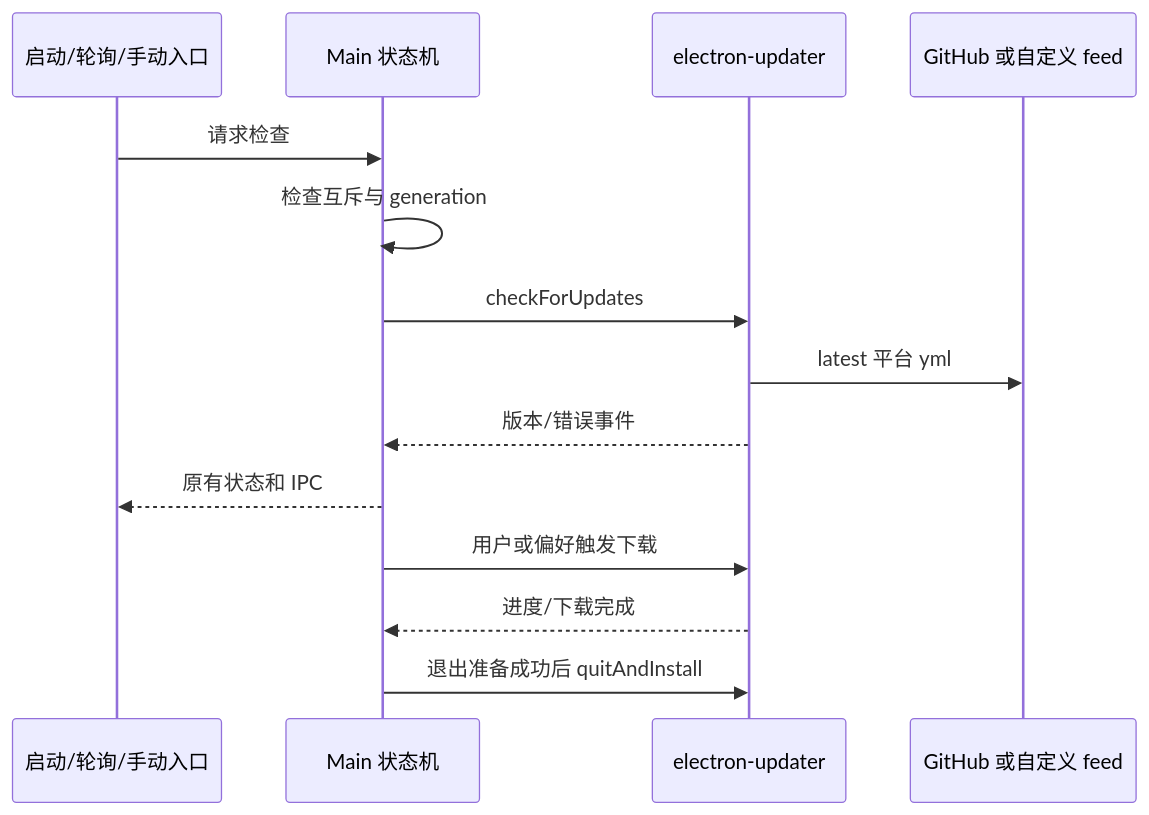
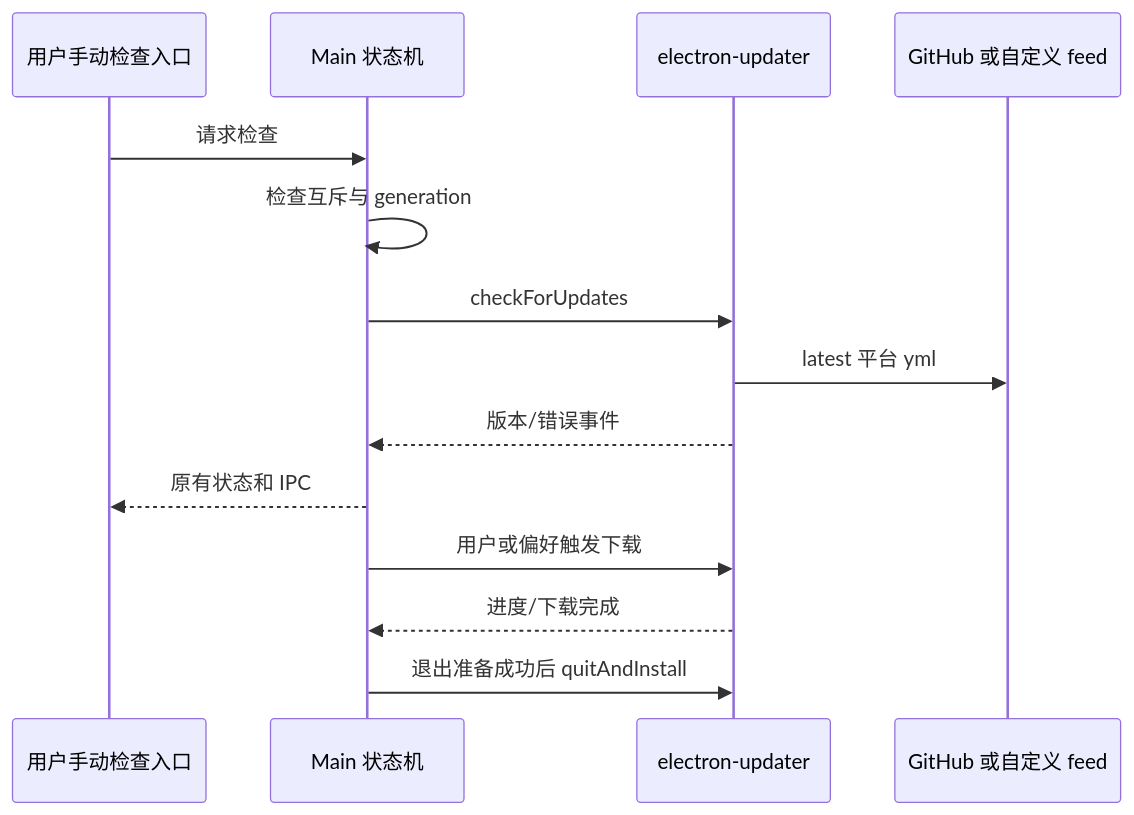
One commit to zackflag/ZCode changed the diagram in packages/desktop/specs/github-updates.md. Above: the diagram before and after it, drawn with Mermaid. The commit also changed other lines of this file and 14 other files, not shown here.

````diff
--- a/packages/desktop/specs/github-updates.md
+++ b/packages/desktop/specs/github-updates.md
@@ -17,16 +17,16 @@
 ```mermaid
 sequenceDiagram
-    participant Entry as 启动/轮询/手动入口
+    participant Entry as 用户手动检查入口
     participant Main as Main 状态机
     participant Updater as electron-updater
     participant Feed as GitHub 或自定义 feed
     Entry->>Main: 请求检查
     Main->>Main: 检查互斥与 generation
     Main->>Updater: checkForUpdates
     Updater->>Feed: latest 平台 yml
     Updater-->>Main: 版本/错误事件
     Main-->>Entry: 原有状态和 IPC
     Main->>Updater: 用户或偏好触发下载
     Updater-->>Main: 进度/下载完成
     Main->>Updater: 退出准备成功后 quitAndInstall
 ```
````
